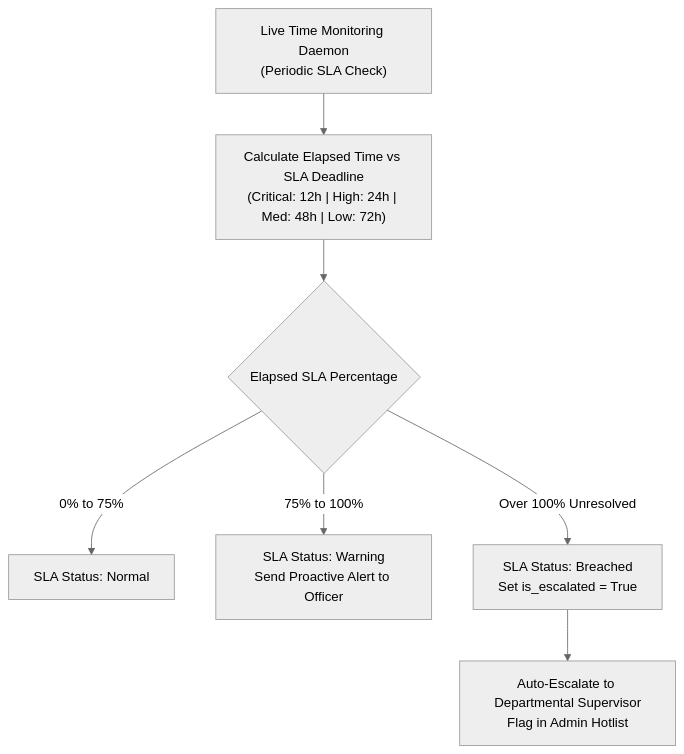
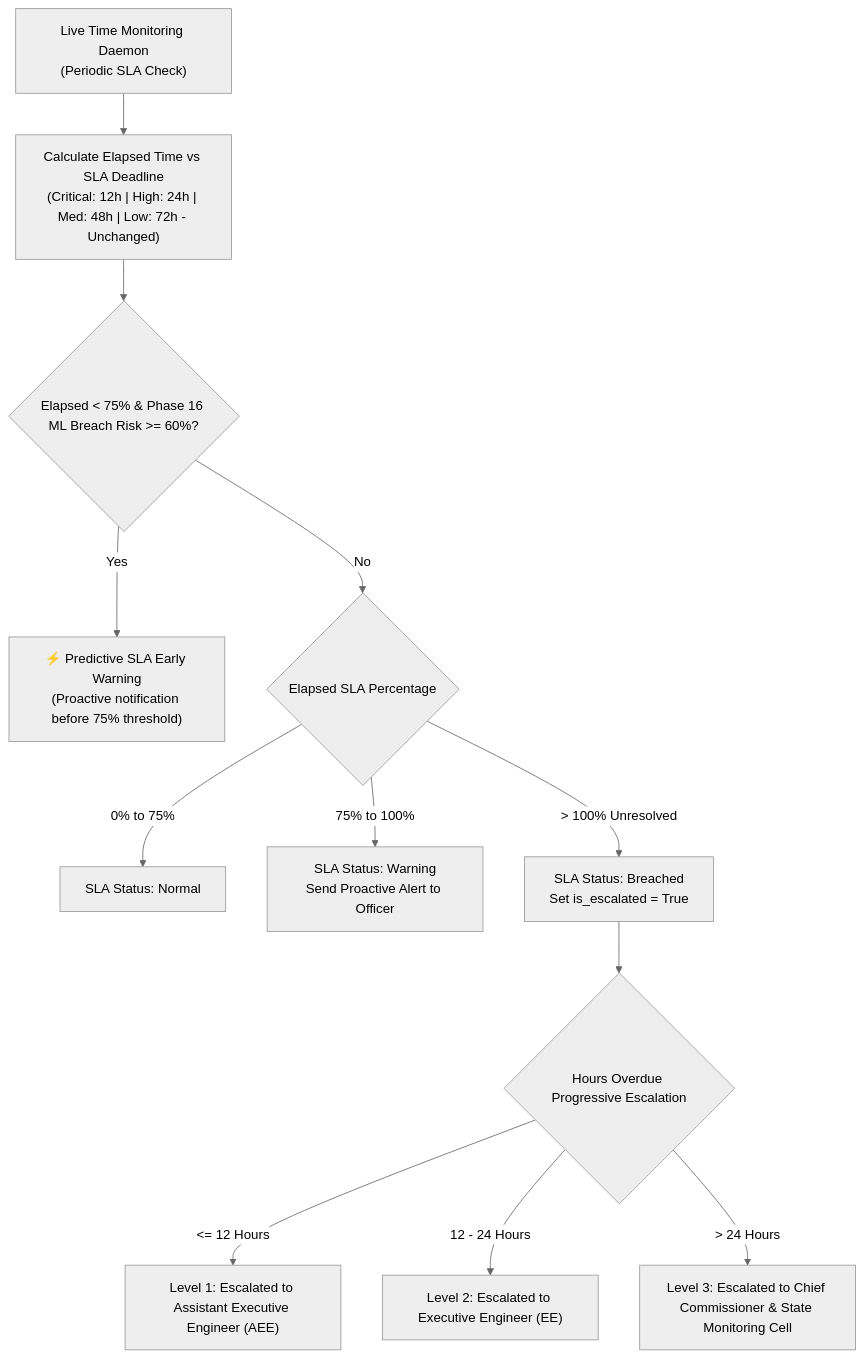
One commit to SHRUTISINHA250714/civic changed diagram 15 of 18 in phases.md. Above: the diagram before and after it, drawn with Mermaid (neutral theme). The commit also changed other lines of this file and 11 other files, not shown here.

````diff
--- a/phases.md
+++ b/phases.md
@@ -455,11 +457,16 @@
 ```mermaid
 flowchart TD
-    Clock["Live Time Monitoring Daemon\n(Periodic SLA Check)"] --> Calc["Calculate Elapsed Time vs SLA Deadline\n(Critical: 12h | High: 24h | Med: 48h | Low: 72h)"]
-    Calc --> StateCheck{"Elapsed SLA Percentage"}
+    Clock["Live Time Monitoring Daemon\n(Periodic SLA Check)"] --> Calc["Calculate Elapsed Time vs SLA Deadline\n(Critical: 12h | High: 24h | Med: 48h | Low: 72h - Unchanged)"]
+    Calc --> EarlyWarn{"Elapsed < 75% & Phase 16 ML Breach Risk >= 60%?"}
+    EarlyWarn -->|Yes| AlertEarly["⚡ Predictive SLA Early Warning\n(Proactive notification before 75% threshold)"]
+    EarlyWarn -->|No| StateCheck{"Elapsed SLA Percentage"}
     
     StateCheck -->|0% to 75%| Norm["SLA Status: Normal"]
     StateCheck -->|75% to 100%| Warn["SLA Status: Warning\nSend Proactive Alert to Officer"]
-    StateCheck -->|Over 100% Unresolved| Breach["SLA Status: Breached\nSet is_escalated = True"]
+    StateCheck -->|> 100% Unresolved| Breach["SLA Status: Breached\nSet is_escalated = True"]
     
-    Breach --> Escalation["Auto-Escalate to Departmental Supervisor\nFlag in Admin Hotlist"]
+    Breach --> ProgEsc{"Hours Overdue Progressive Escalation"}
+    ProgEsc -->|<= 12 Hours| L1["Level 1: Escalated to Assistant Executive Engineer (AEE)"]
+    ProgEsc -->|12 - 24 Hours| L2["Level 2: Escalated to Executive Engineer (EE)"]
+    ProgEsc -->|> 24 Hours| L3["Level 3: Escalated to Chief Commissioner & State Monitoring Cell"]
 ```
````
